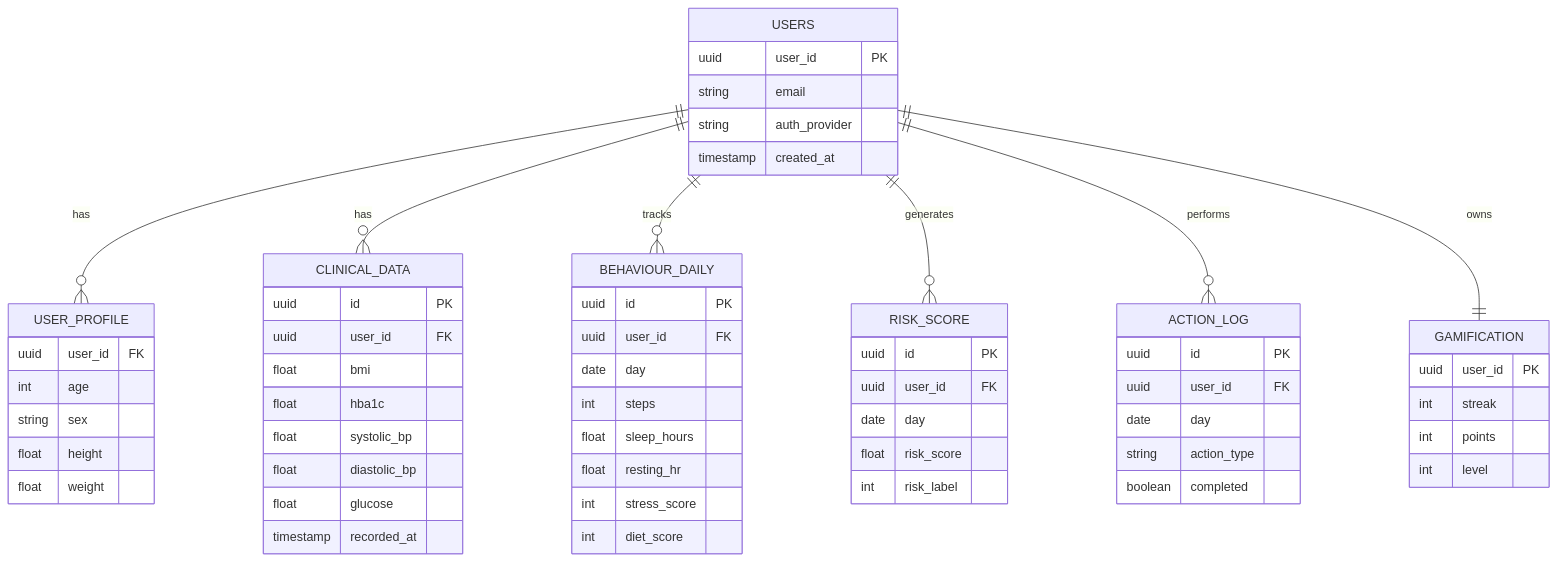
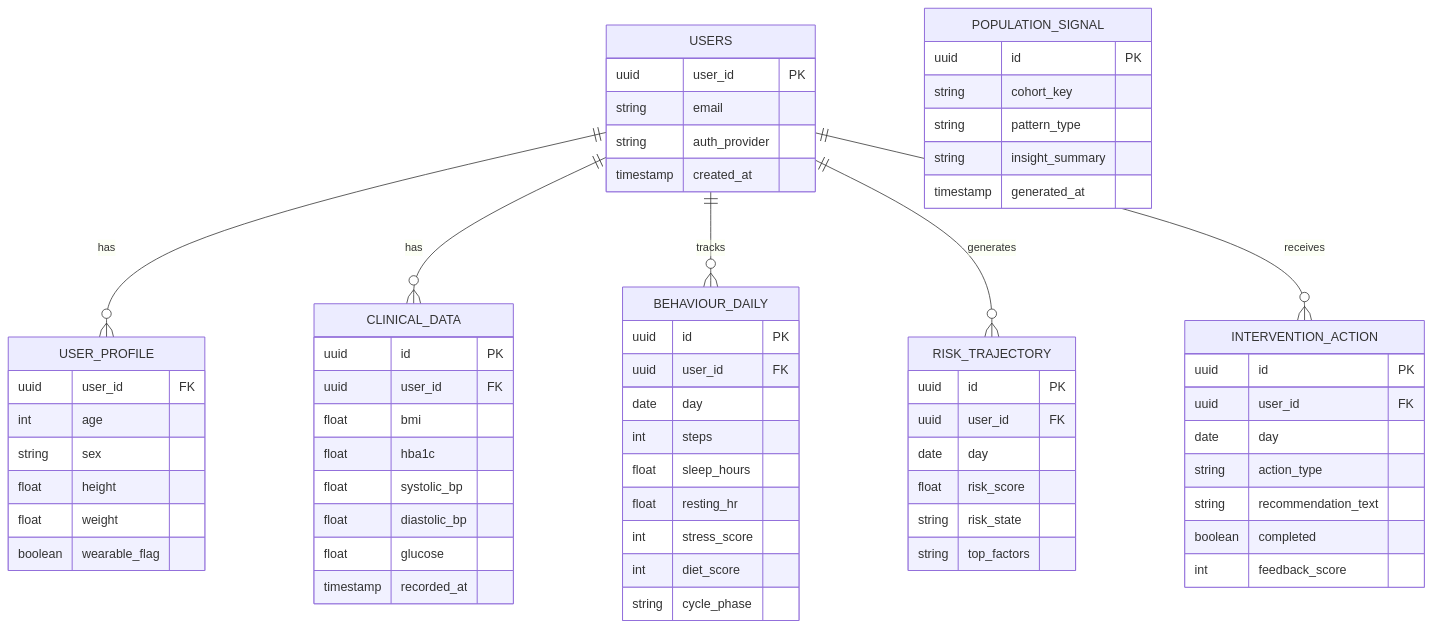
One commit to patorsiang/synchealth-remission changed the fourth of 6 diagrams in README.md. Above: the diagram before and after it, drawn with Mermaid. The commit also changed other lines of this file, not shown here.

````diff
--- a/README.md
+++ b/README.md
@@ -262,71 +500,75 @@
 ```mermaid
-
 erDiagram
 
 USERS {
   uuid user_id PK
   string email
   string auth_provider
   timestamp created_at
 }
 
 USER_PROFILE {
   uuid user_id FK
   int age
   string sex
   float height
   float weight
+  boolean wearable_flag
 }
 
 CLINICAL_DATA {
   uuid id PK
   uuid user_id FK
   float bmi
   float hba1c
   float systolic_bp
   float diastolic_bp
   float glucose
   timestamp recorded_at
 }
 
 BEHAVIOUR_DAILY {
   uuid id PK
   uuid user_id FK
   date day
   int steps
   float sleep_hours
   float resting_hr
   int stress_score
   int diet_score
+  string cycle_phase
 }
 
-RISK_SCORE {
+RISK_TRAJECTORY {
   uuid id PK
   uuid user_id FK
   date day
   float risk_score
-  int risk_label
+  string risk_state
+  string top_factors
 }
 
-ACTION_LOG {
+INTERVENTION_ACTION {
   uuid id PK
   uuid user_id FK
   date day
   string action_type
+  string recommendation_text
   boolean completed
+  int feedback_score
 }
 
-GAMIFICATION {
-  uuid user_id PK
-  int streak
-  int points
-  int level
+POPULATION_SIGNAL {
+  uuid id PK
+  string cohort_key
+  string pattern_type
+  string insight_summary
+  timestamp generated_at
 }
 
 USERS ||--o{ USER_PROFILE : has
 USERS ||--o{ CLINICAL_DATA : has
 USERS ||--o{ BEHAVIOUR_DAILY : tracks
-USERS ||--o{ RISK_SCORE : generates
-USERS ||--o{ ACTION_LOG : performs
-USERS ||--|| GAMIFICATION : owns
+USERS ||--o{ RISK_TRAJECTORY : generates
+USERS ||--o{ INTERVENTION_ACTION : receives
 ```
````
